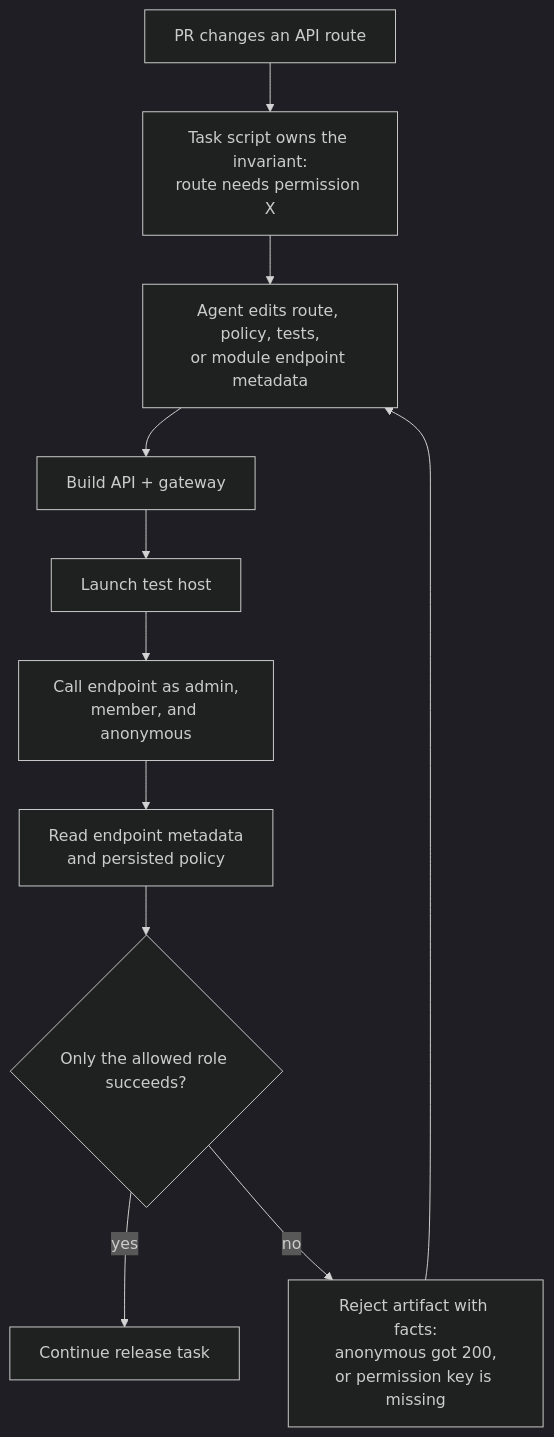
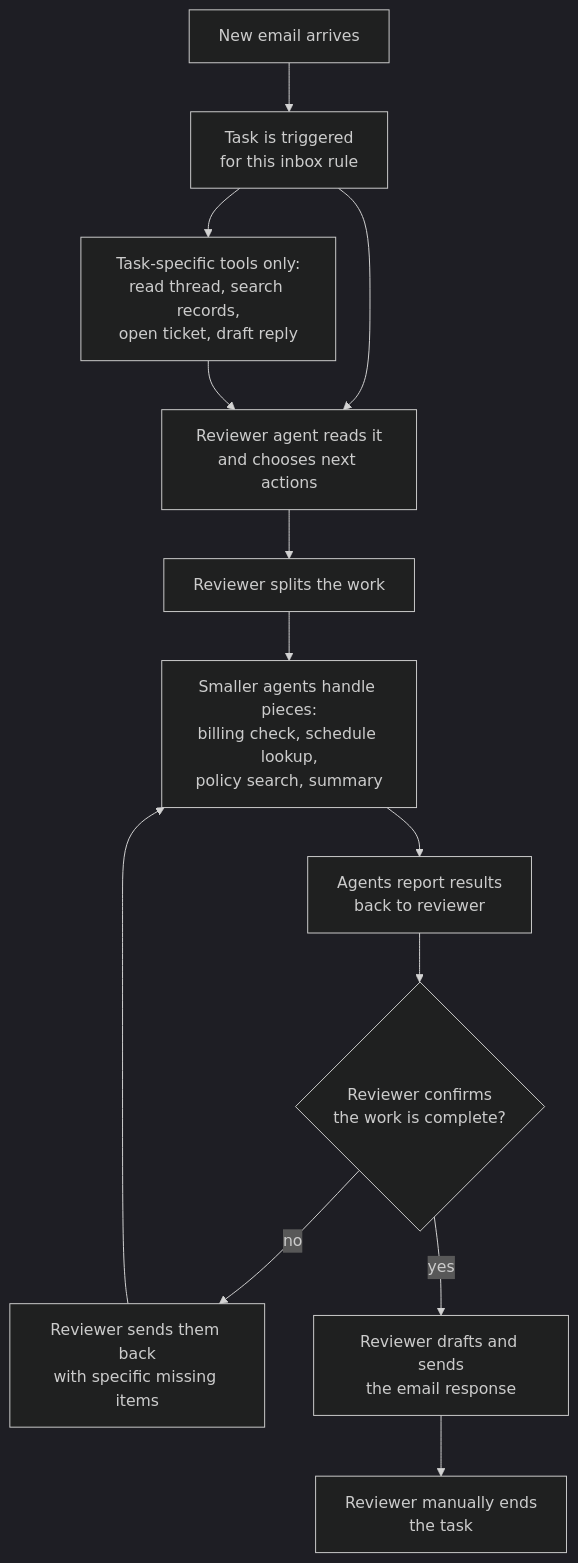
One commit to SharpClaw-NET/SharpClaw changed the diagram in README.md. Above: the diagram before and after it, drawn with Mermaid (dark theme). The commit also changed other lines of this file, not shown here.

Commit message:
Clarify task workflow example

````diff
--- a/README.md
+++ b/README.md
@@ -87,24 +89,27 @@
 ```mermaid
 flowchart TD
-    Trigger["PR changes an API route"]
-    Task["Task script owns the invariant:<br/>route needs permission X"]
-    Agent["Agent edits route, policy, tests,<br/>or module endpoint metadata"]
-    Build["Build API + gateway"]
-    Launch["Launch test host"]
-    Probe["Call endpoint as admin,<br/>member, and anonymous"]
-    Inspect["Read endpoint metadata<br/>and persisted policy"]
-    Gate{"Only the allowed role succeeds?"}
-    Continue["Continue release task"]
-    Reject["Reject artifact with facts:<br/>anonymous got 200,<br/>or permission key is missing"]
+    Email["New email arrives"]
+    Trigger["Task is triggered<br/>for this inbox rule"]
+    Reviewer["Reviewer agent reads it<br/>and chooses next actions"]
+    Toolbelt["Task-specific tools only:<br/>read thread, search records,<br/>open ticket, draft reply"]
+    Plan["Reviewer splits the work"]
+    Agents["Smaller agents handle pieces:<br/>billing check, schedule lookup,<br/>policy search, summary"]
+    Reports["Agents report results<br/>back to reviewer"]
+    Done{"Reviewer confirms<br/>the work is complete?"}
+    More["Reviewer sends them back<br/>with specific missing items"]
+    Reply["Reviewer drafts and sends<br/>the email response"]
+    Close["Reviewer manually ends<br/>the task"]
 
-    Trigger --> Task
-    Task --> Agent
-    Agent --> Build
-    Build --> Launch
-    Launch --> Probe
-    Probe --> Inspect
-    Inspect --> Gate
-    Gate -- yes --> Continue
-    Gate -- no --> Reject
-    Reject --> Agent
+    Email --> Trigger
+    Trigger --> Reviewer
+    Trigger --> Toolbelt
+    Toolbelt --> Reviewer
+    Reviewer --> Plan
+    Plan --> Agents
+    Agents --> Reports
+    Reports --> Done
+    Done -- no --> More
+    More --> Agents
+    Done -- yes --> Reply
+    Reply --> Close
 ```
````
